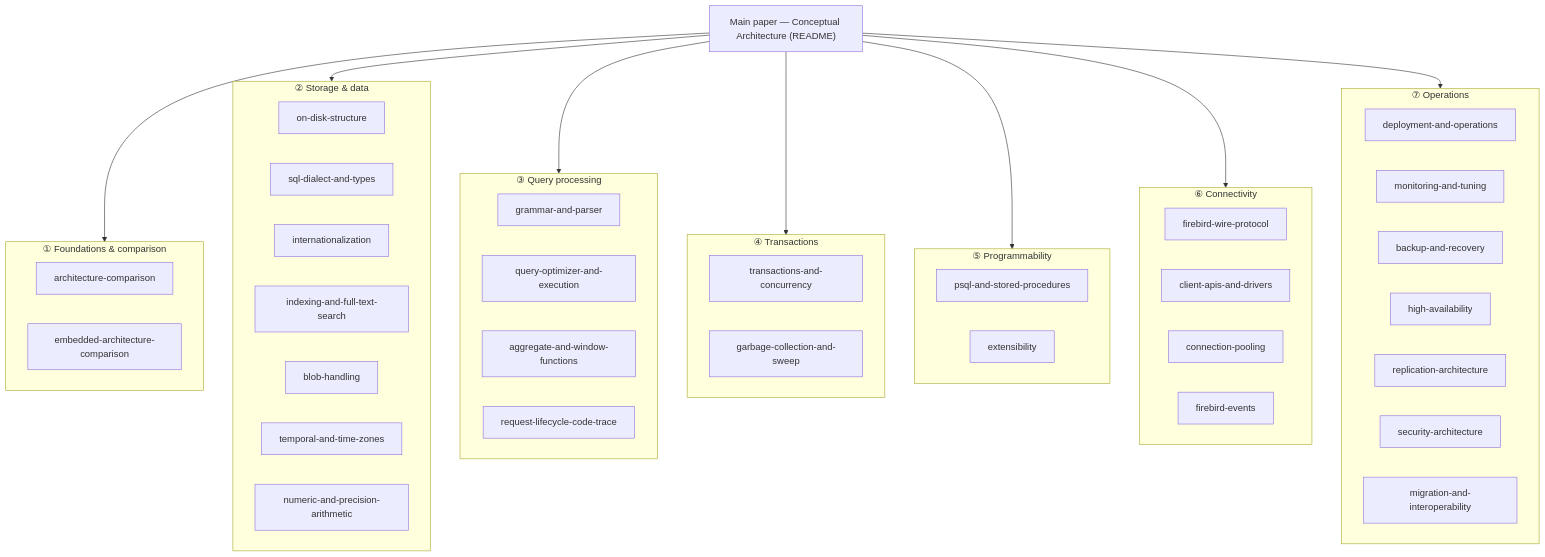
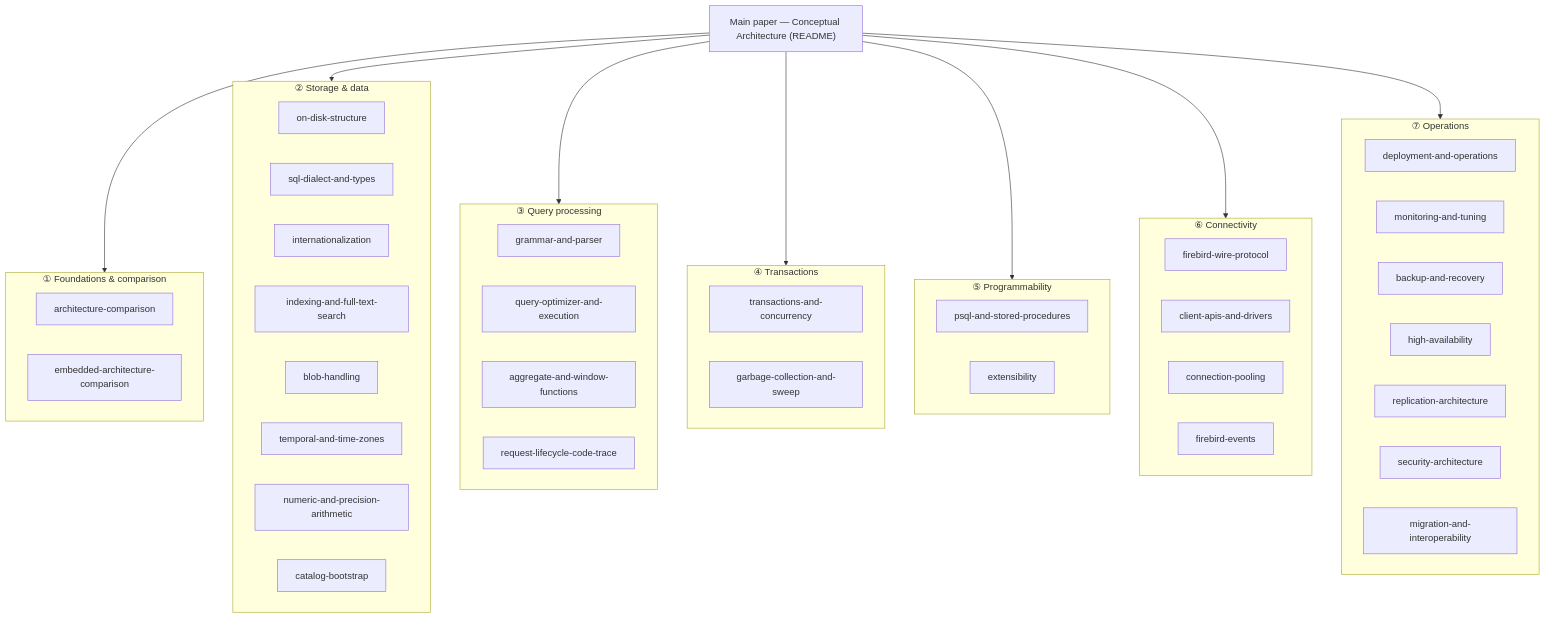
Before and after one commit to mariuz/conceptual-architecture-for-firebird-paper: the diagram in READING-GUIDE.md, drawn with Mermaid. The commit also changed other lines of this file and 2 other files, not shown here.

````diff
--- a/READING-GUIDE.md
+++ b/READING-GUIDE.md
@@ -9,49 +9,50 @@
 ```mermaid
 flowchart TB
     PAPER["Main paper — Conceptual Architecture (README)"]
 
     PAPER --> T1 & T2 & T3 & T4 & T5 & T6 & T7
 
     subgraph T1["① Foundations & comparison"]
         A1["architecture-comparison"]
         A2["embedded-architecture-comparison"]
     end
     subgraph T2["② Storage & data"]
         B1["on-disk-structure"]
         B2["sql-dialect-and-types"]
         B3["internationalization"]
         B4["indexing-and-full-text-search"]
         B5["blob-handling"]
         B6["temporal-and-time-zones"]
         B7["numeric-and-precision-arithmetic"]
+        B8["catalog-bootstrap"]
     end
     subgraph T3["③ Query processing"]
         C1["grammar-and-parser"]
         C2["query-optimizer-and-execution"]
         C3["aggregate-and-window-functions"]
         C4["request-lifecycle-code-trace"]
     end
     subgraph T4["④ Transactions"]
         D1["transactions-and-concurrency"]
         D2["garbage-collection-and-sweep"]
     end
     subgraph T5["⑤ Programmability"]
         E1["psql-and-stored-procedures"]
         E2["extensibility"]
     end
     subgraph T6["⑥ Connectivity"]
         F1["firebird-wire-protocol"]
         F2["client-apis-and-drivers"]
         F3["connection-pooling"]
         F4["firebird-events"]
     end
     subgraph T7["⑦ Operations"]
         G1["deployment-and-operations"]
         G2["monitoring-and-tuning"]
         G3["backup-and-recovery"]
         G4["high-availability"]
         G5["replication-architecture"]
         G6["security-architecture"]
         G7["migration-and-interoperability"]
     end
 ```
````
